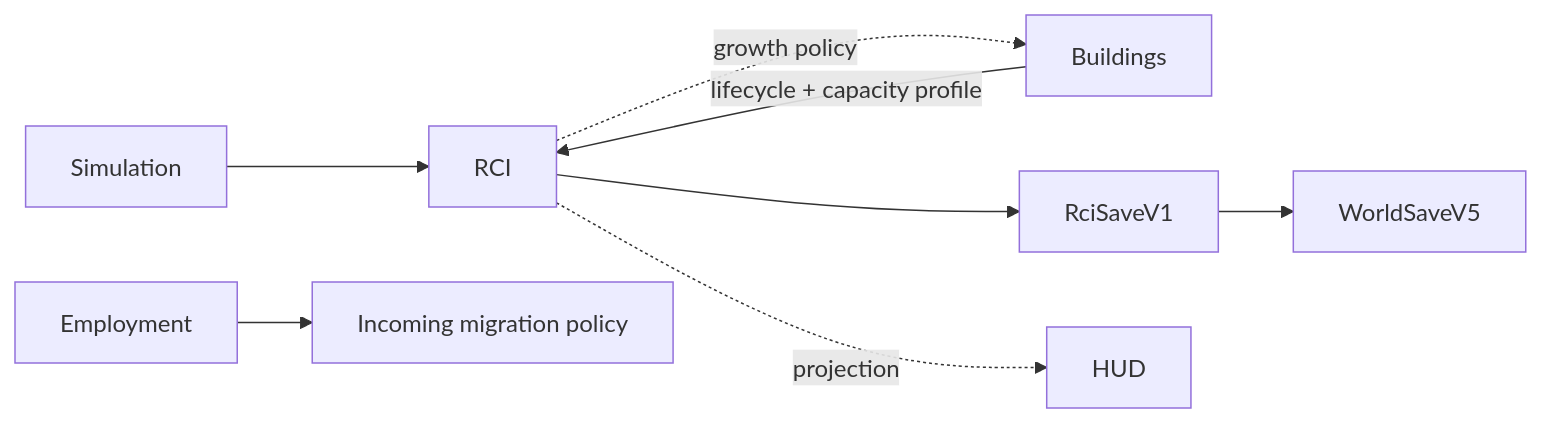
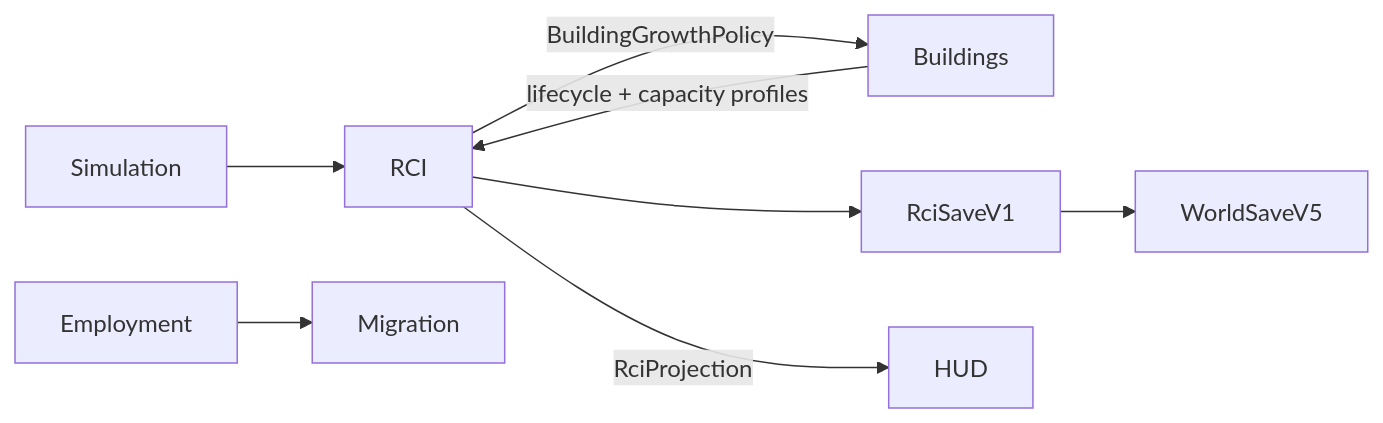
The diagram in docs/systems/rci/README.md (petechatchawan/web-three-city), drawn with Mermaid before and after one commit. The commit also changed other lines of this file, not shown here.

Commit message:
docs(rci): document Demand and Growth policy

````diff
--- a/docs/systems/rci/README.md
+++ b/docs/systems/rci/README.md
@@ -73,10 +73,10 @@
 ```mermaid
 flowchart LR
   Simulation --> RCI
-  Buildings -->|lifecycle + capacity profile| RCI
+  Buildings -->|lifecycle + capacity profiles| RCI
+  Employment --> Migration
   RCI --> RciSaveV1
   RciSaveV1 --> WorldSaveV5
-  Employment --> Migration[Incoming migration policy]
-  RCI -. growth policy .-> Buildings
-  RCI -. projection .-> HUD
+  RCI -->|BuildingGrowthPolicy| Buildings
+  RCI -->|RciProjection| HUD
 ```
````
